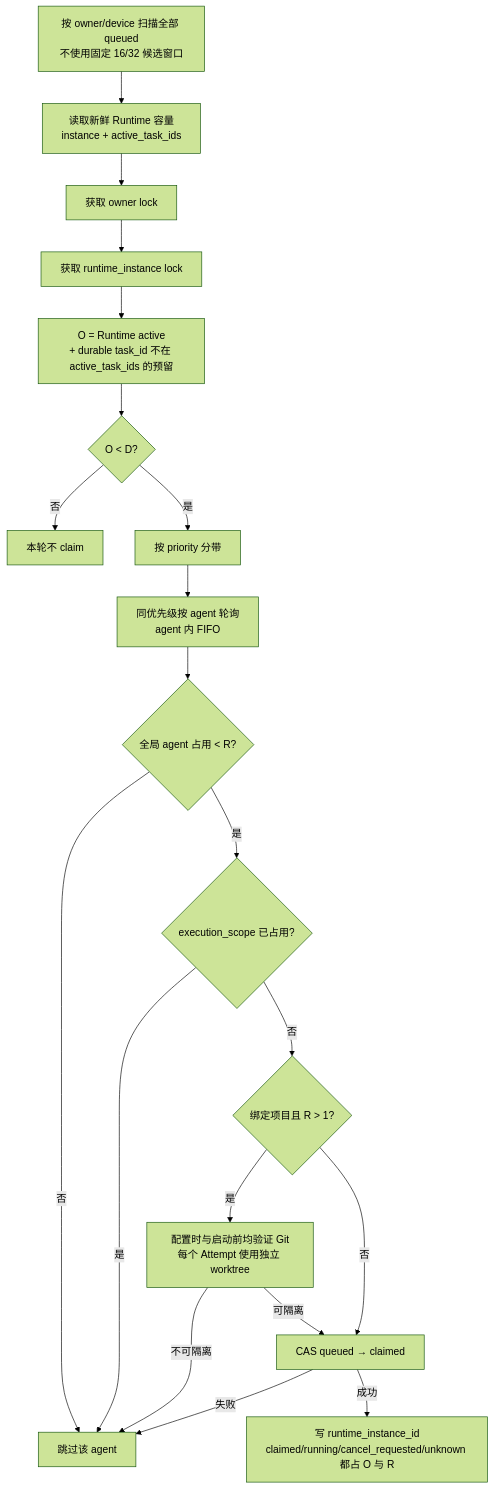
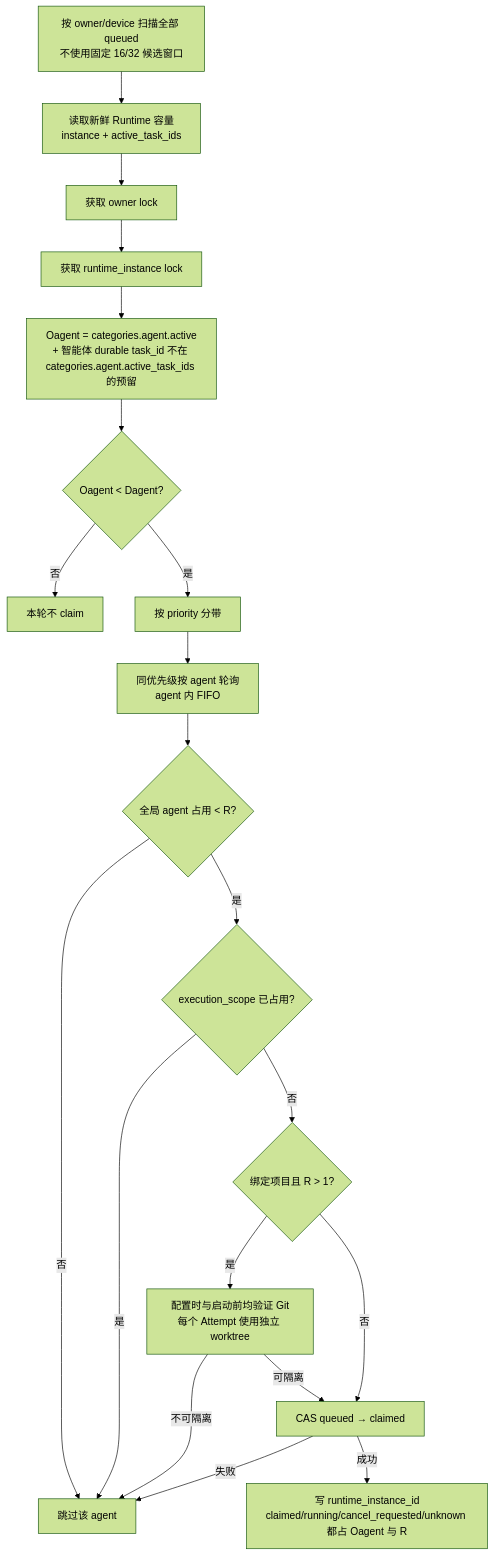
Before and after one commit to wecode-ai/Wegent: the tenth of 11 diagrams in docs/zh/wework/developer-guide/wework-project-execution-state-truth-refactoring.md, drawn with Mermaid (forest theme). The commit also changed other lines of this file and 12 other files, not shown here.

Commit message:
fix(wework): retain task owners and legacy runtime settings

````diff
--- a/docs/zh/wework/developer-guide/wework-project-execution-state-truth-refactoring.md
+++ b/docs/zh/wework/developer-guide/wework-project-execution-state-truth-refactoring.md
@@ -392,22 +392,22 @@
 ```mermaid
 flowchart TD
   SCAN["按 owner/device 扫描全部 queued<br/>不使用固定 16/32 候选窗口"] --> OBS["读取新鲜 Runtime 容量<br/>instance + active_task_ids"]
   OBS --> OL["获取 owner lock"]
   OL --> DL["获取 runtime_instance lock"]
-  DL --> MERGE["O = Runtime active<br/>+ durable task_id 不在 active_task_ids 的预留"]
-  MERGE --> CAP{"O < D?"}
+  DL --> MERGE["Oagent = categories.agent.active<br/>+ 智能体 durable task_id 不在 categories.agent.active_task_ids 的预留"]
+  MERGE --> CAP{"Oagent < Dagent?"}
   CAP -->|否| END["本轮不 claim"]
   CAP -->|是| PRI["按 priority 分带"]
   PRI --> RR["同优先级按 agent 轮询<br/>agent 内 FIFO"]
   RR --> AG{"全局 agent 占用 < R?"}
   AG -->|否| NEXT["跳过该 agent"]
   AG -->|是| SP{"execution_scope 已占用?"}
   SP -->|是| NEXT
   SP -->|否| ISO{"绑定项目且 R > 1?"}
   ISO -->|是| GIT["配置时与启动前均验证 Git<br/>每个 Attempt 使用独立 worktree"]
   ISO -->|否| CAS["CAS queued → claimed"]
   GIT -->|不可隔离| NEXT
   GIT -->|可隔离| CAS
   CAS -->|失败| NEXT
-  CAS -->|成功| SLOT["写 runtime_instance_id<br/>claimed/running/cancel_requested/unknown 都占 O 与 R"]
+  CAS -->|成功| SLOT["写 runtime_instance_id<br/>claimed/running/cancel_requested/unknown 都占 Oagent 与 R"]
 ```
````
